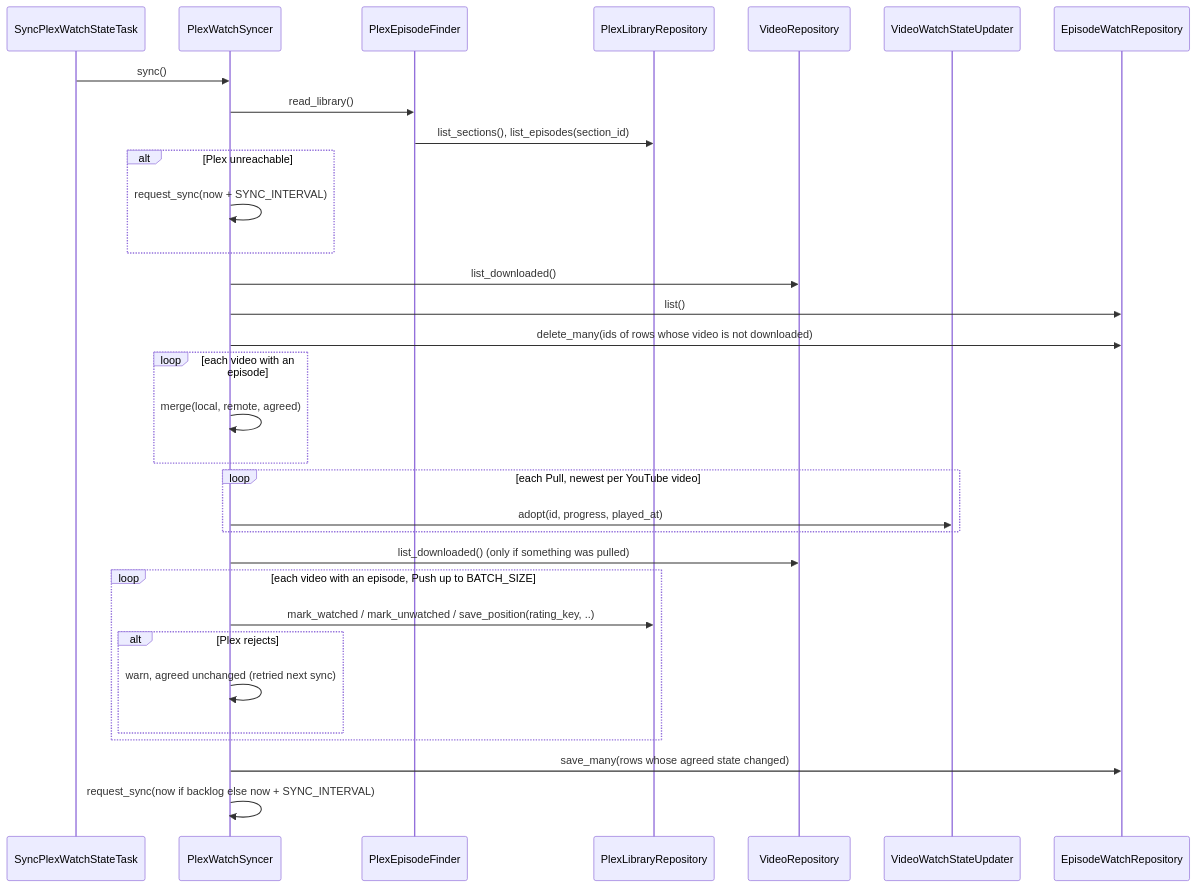
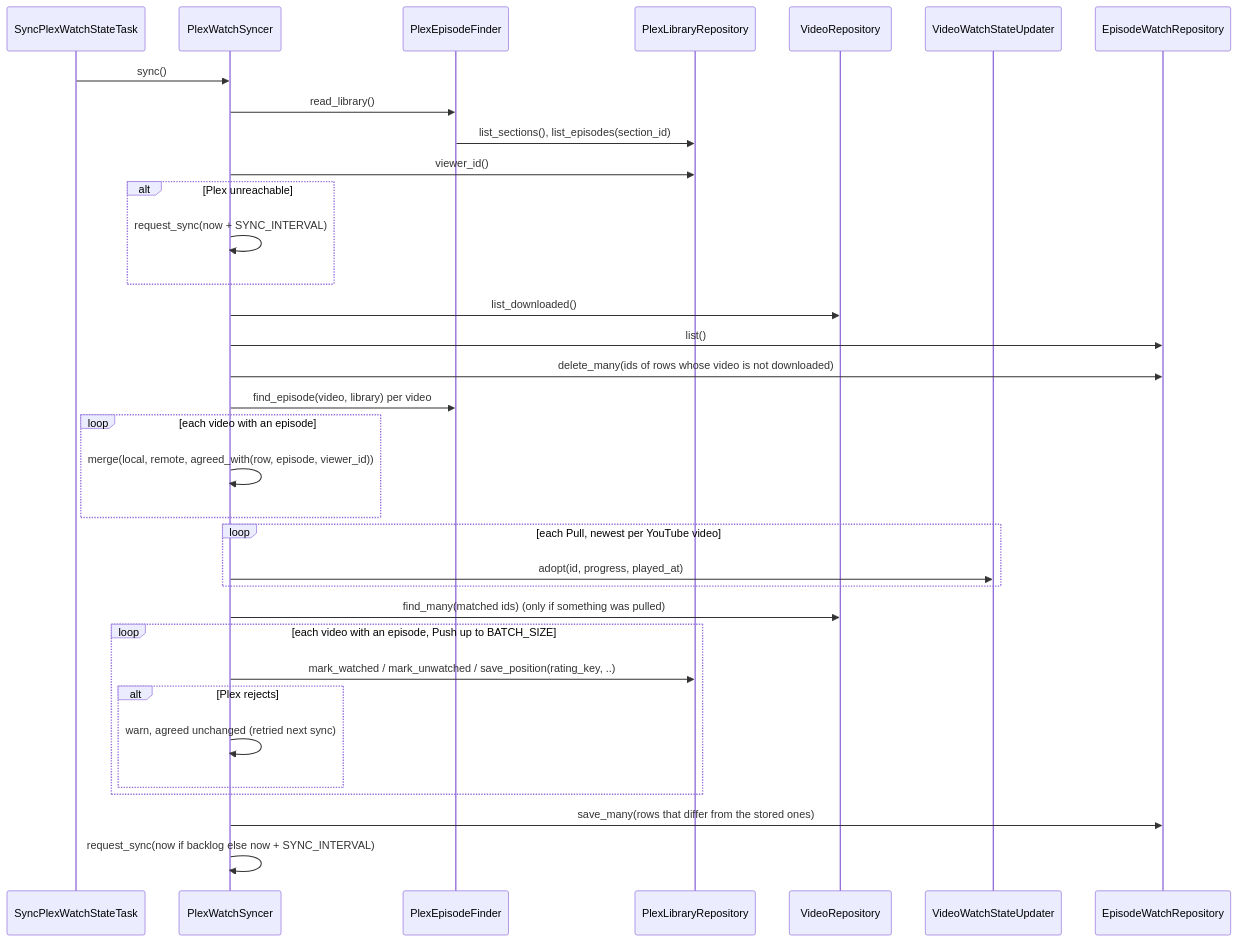
Before and after one commit to sergigp/yarrtube: the second of 3 diagrams in openspec/changes/plex-watch-state-sync/design.md, drawn with Mermaid. The commit also changed other lines of this file and 3 other files, not shown here.

````diff
--- a/openspec/changes/plex-watch-state-sync/design.md
+++ b/openspec/changes/plex-watch-state-sync/design.md
@@ -41,34 +41,36 @@
 ```mermaid
 sequenceDiagram
   participant T as SyncPlexWatchStateTask
   participant S as PlexWatchSyncer
   participant F as PlexEpisodeFinder
   participant P as PlexLibraryRepository
   participant V as VideoRepository
   participant U as VideoWatchStateUpdater
   participant R as EpisodeWatchRepository
   T->>S: sync()
   S->>F: read_library()
   F->>P: list_sections(), list_episodes(section_id)
+  S->>P: viewer_id()
   alt Plex unreachable
     S->>S: request_sync(now + SYNC_INTERVAL)
   end
   S->>V: list_downloaded()
   S->>R: list()
   S->>R: delete_many(ids of rows whose video is not downloaded)
+  S->>F: find_episode(video, library) per video
   loop each video with an episode
-    S->>S: merge(local, remote, agreed)
+    S->>S: merge(local, remote, agreed_with(row, episode, viewer_id))
   end
   loop each Pull, newest per YouTube video
     S->>U: adopt(id, progress, played_at)
   end
-  S->>V: list_downloaded() (only if something was pulled)
+  S->>V: find_many(matched ids) (only if something was pulled)
   loop each video with an episode, Push up to BATCH_SIZE
     S->>P: mark_watched / mark_unwatched / save_position(rating_key, ..)
     alt Plex rejects
       S->>S: warn, agreed unchanged (retried next sync)
     end
   end
-  S->>R: save_many(rows whose agreed state changed)
+  S->>R: save_many(rows that differ from the stored ones)
   S->>S: request_sync(now if backlog else now + SYNC_INTERVAL)
 ```
````
